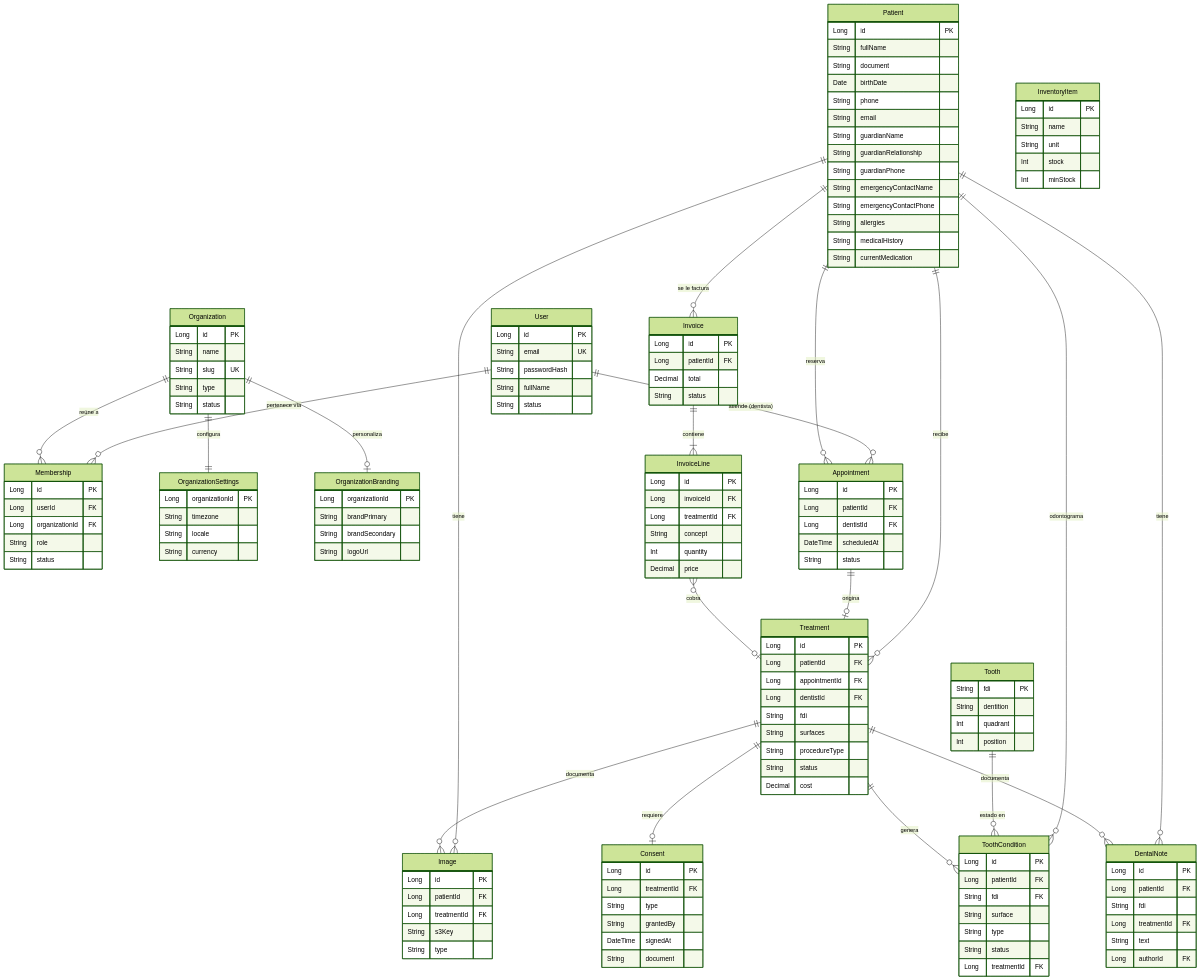
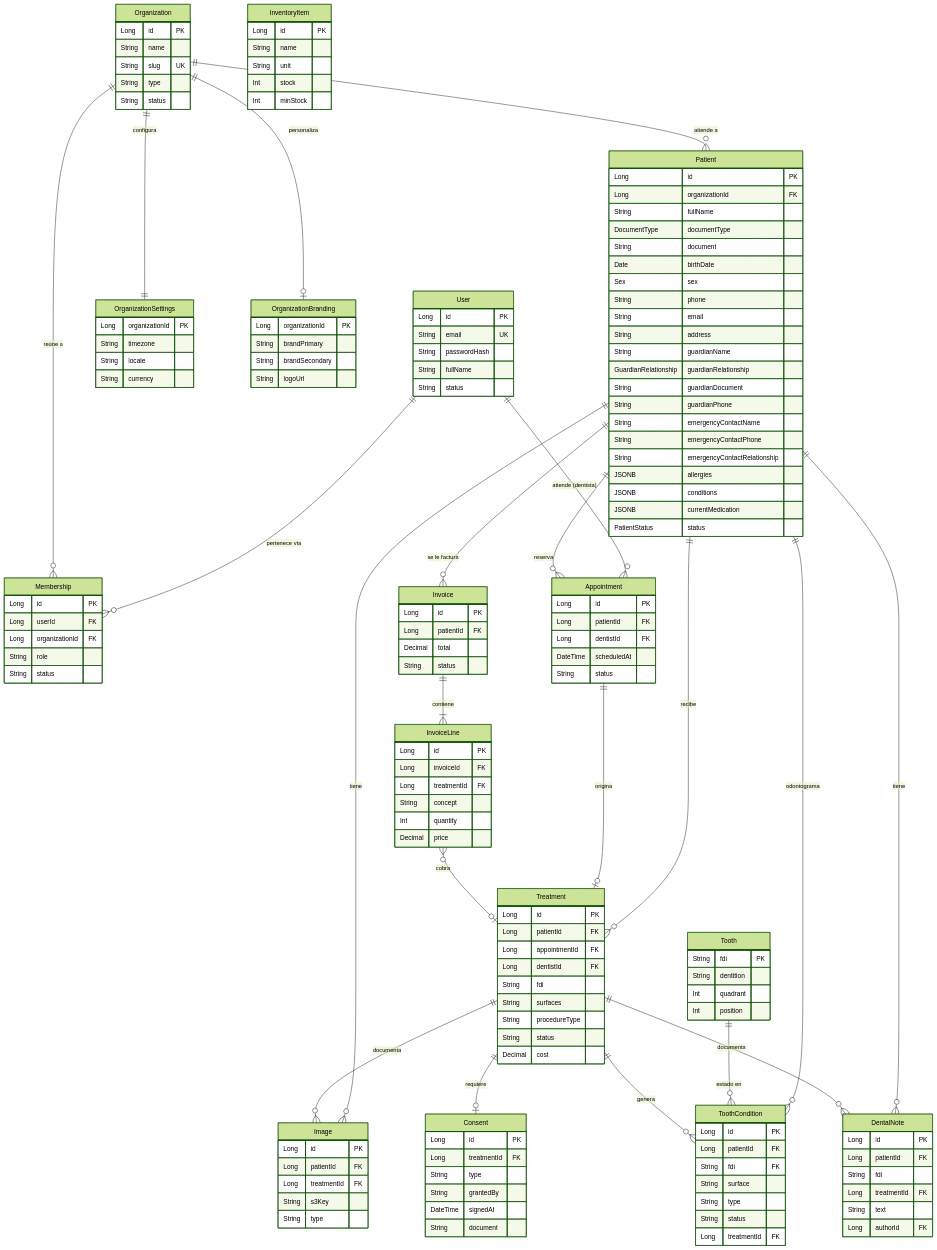
One commit to Davico84/DentDesk changed the diagram in docs/domain.md. Above: the diagram before and after it, drawn with Mermaid (forest theme). The commit also changed 8 other files, not shown here.

```diff
--- a/docs/domain.md
+++ b/docs/domain.md
@@ -246,6 +246,7 @@
     Organization ||--o{ Membership : "reúne a"
     Organization ||--|| OrganizationSettings : "configura"
     Organization ||--o| OrganizationBranding : "personaliza"
+    Organization ||--o{ Patient : "atiende a"
     User ||--o{ Appointment : "atiende (dentista)"
     Patient ||--o{ Appointment : "reserva"
     Patient ||--o{ Treatment : "recibe"
@@ -297,19 +298,26 @@
     }
     Patient {
         Long id PK
+        Long organizationId FK
         String fullName
+        DocumentType documentType
         String document
         Date birthDate
+        Sex sex
         String phone
         String email
+        String address
         String guardianName
-        String guardianRelationship
+        GuardianRelationship guardianRelationship
+        String guardianDocument
         String guardianPhone
         String emergencyContactName
         String emergencyContactPhone
-        String allergies
-        String medicalHistory
-        String currentMedication
+        String emergencyContactRelationship
+        JSONB allergies
+        JSONB conditions
+        JSONB currentMedication
+        PatientStatus status
     }
     Appointment {
         Long id PK
```
